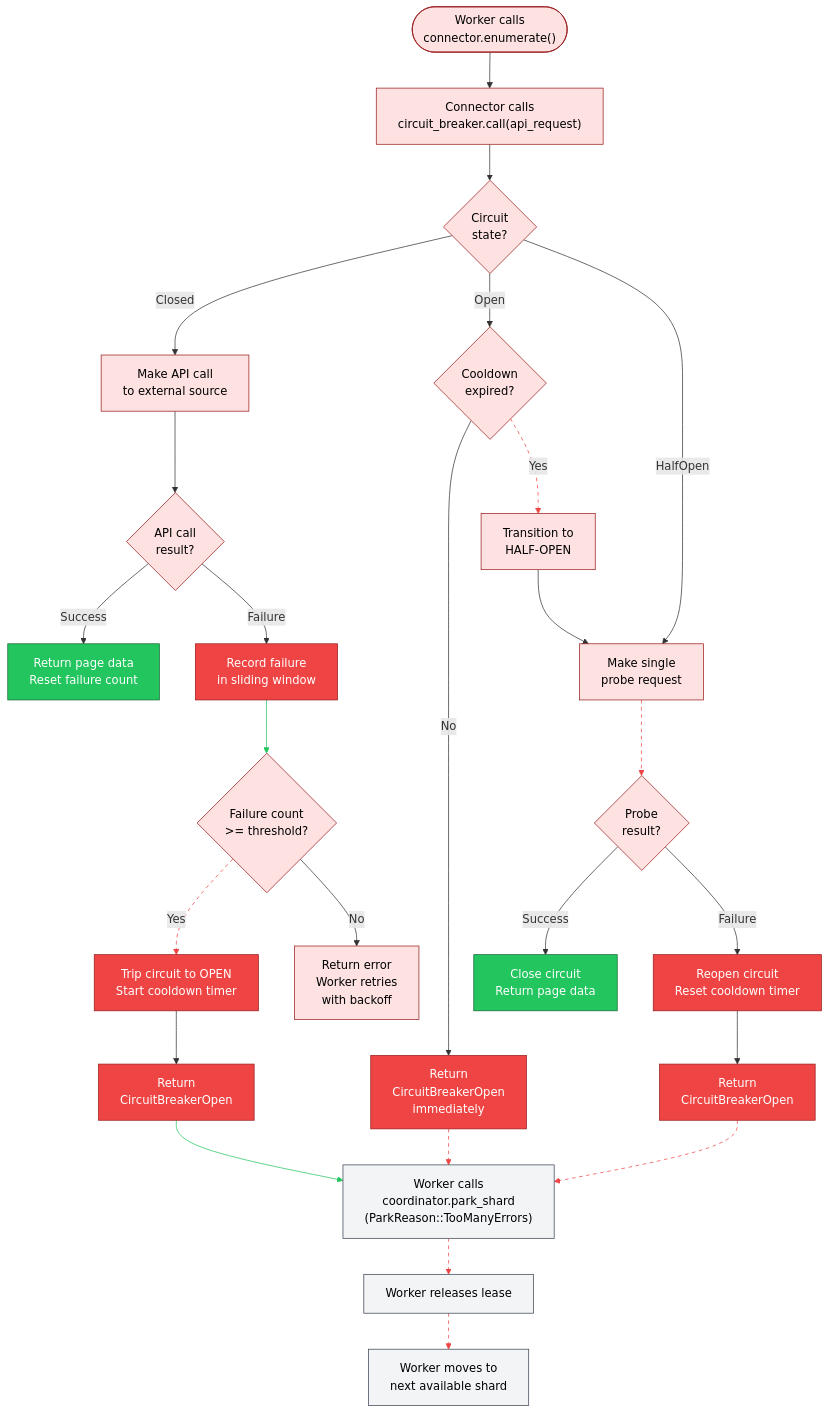
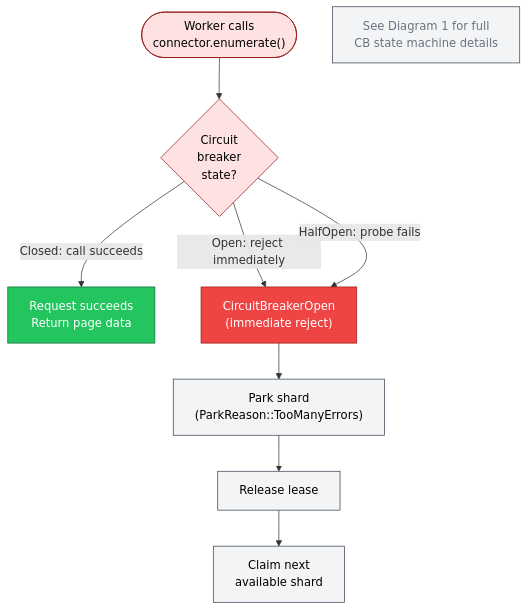
The fourth of 4 diagrams in diagrams/09-circuit-breaker.md (ahrav/Gossip-rs), drawn with Mermaid before and after one commit. The commit also changed other lines of this file and 11 other files, not shown here.

````diff
--- a/diagrams/09-circuit-breaker.md
+++ b/diagrams/09-circuit-breaker.md
@@ -323,101 +315,29 @@
 %% Diagram: shard-parking-flow
 graph TD
     START(["Worker calls<br/>connector.enumerate()"])
-    CB_CALL["Connector calls<br/>circuit_breaker.call(api_request)"]
-    STATE{"Circuit<br/>state?"}
+    CB_CHECK{"Circuit<br/>breaker<br/>state?"}
+    SUCCESS["Request succeeds<br/>Return page data"]
+    CB_OPEN["CircuitBreakerOpen<br/>(immediate reject)"]
+    PARK["Park shard<br/>(ParkReason::TooManyErrors)"]
+    RELEASE["Release lease"]
+    NEXT["Claim next<br/>available shard"]
 
-    %% Closed path
-    CLOSED_CALL["Make API call<br/>to external source"]
-    CLOSED_RESULT{"API call<br/>result?"}
-    CLOSED_OK["Return page data<br/>Reset failure count"]
-    CLOSED_FAIL["Record failure<br/>in sliding window"]
-    THRESHOLD{"Failure count<br/>>= threshold?"}
-    TRIP["Trip circuit to OPEN<br/>Start cooldown timer"]
-    TRIP_ERR["Return<br/>CircuitBreakerOpen"]
-    BELOW["Return error<br/>Worker retries<br/>with backoff"]
-
-    %% Open path
-    OPEN_CHECK{"Cooldown<br/>expired?"}
-    OPEN_REJECT["Return<br/>CircuitBreakerOpen<br/>immediately"]
-    HALF_OPEN["Transition to<br/>HALF-OPEN"]
-
-    %% HalfOpen path
-    PROBE["Make single<br/>probe request"]
-    PROBE_RESULT{"Probe<br/>result?"}
-    PROBE_OK["Close circuit<br/>Return page data"]
-    PROBE_FAIL["Reopen circuit<br/>Reset cooldown timer"]
-    PROBE_ERR["Return<br/>CircuitBreakerOpen"]
-
-    %% Parking path
-    PARK["Worker calls<br/>coordinator.park_shard<br/>(ParkReason::TooManyErrors)"]
-    RELEASE["Worker releases lease"]
-    NEXT["Worker moves to<br/>next available shard"]
-
-    START --> CB_CALL
-    CB_CALL --> STATE
-
-    STATE -->|"Closed"| CLOSED_CALL
-    STATE -->|"Open"| OPEN_CHECK
-    STATE -->|"HalfOpen"| PROBE
-
-    CLOSED_CALL --> CLOSED_RESULT
-    CLOSED_RESULT -->|"Success"| CLOSED_OK
-    CLOSED_RESULT -->|"Failure"| CLOSED_FAIL
-    CLOSED_FAIL --> THRESHOLD
-    THRESHOLD -->|"Yes"| TRIP
-    TRIP --> TRIP_ERR
-    THRESHOLD -->|"No"| BELOW
-
-    OPEN_CHECK -->|"No"| OPEN_REJECT
-    OPEN_CHECK -->|"Yes"| HALF_OPEN
-    HALF_OPEN --> PROBE
-
-    PROBE --> PROBE_RESULT
-    PROBE_RESULT -->|"Success"| PROBE_OK
-    PROBE_RESULT -->|"Failure"| PROBE_FAIL
-    PROBE_FAIL --> PROBE_ERR
-
-    TRIP_ERR --> PARK
-    OPEN_REJECT --> PARK
-    PROBE_ERR --> PARK
-
+    START --> CB_CHECK
+    CB_CHECK -->|"Closed: call succeeds"| SUCCESS
+    CB_CHECK -->|"Open: reject immediately"| CB_OPEN
+    CB_CHECK -->|"HalfOpen: probe fails"| CB_OPEN
+    CB_OPEN --> PARK
     PARK --> RELEASE
     RELEASE --> NEXT
 
+    NOTE["See Diagram 1 for full<br/>CB state machine details"]
+
     style START fill:#FEE2E2,stroke:#991B1B,color:#000
-    style CB_CALL fill:#FEE2E2,stroke:#991B1B,color:#000
-    style STATE fill:#FEE2E2,stroke:#991B1B,color:#000
-
-    style CLOSED_CALL fill:#FEE2E2,stroke:#991B1B,color:#000
-    style CLOSED_RESULT fill:#FEE2E2,stroke:#991B1B,color:#000
-    style CLOSED_OK fill:#22C55E,stroke:#166534,color:#FFF
-    style CLOSED_FAIL fill:#EF4444,stroke:#991B1B,color:#FFF
-    style THRESHOLD fill:#FEE2E2,stroke:#991B1B,color:#000
-    style TRIP fill:#EF4444,stroke:#991B1B,color:#FFF
-    style TRIP_ERR fill:#EF4444,stroke:#991B1B,color:#FFF
-    style BELOW fill:#FEE2E2,stroke:#991B1B,color:#000
-
-    style OPEN_CHECK fill:#FEE2E2,stroke:#991B1B,color:#000
-    style OPEN_REJECT fill:#EF4444,stroke:#991B1B,color:#FFF
-    style HALF_OPEN fill:#FEE2E2,stroke:#991B1B,color:#000
-
-    style PROBE fill:#FEE2E2,stroke:#991B1B,color:#000
-    style PROBE_RESULT fill:#FEE2E2,stroke:#991B1B,color:#000
-    style PROBE_OK fill:#22C55E,stroke:#166534,color:#FFF
-    style PROBE_FAIL fill:#EF4444,stroke:#991B1B,color:#FFF
-    style PROBE_ERR fill:#EF4444,stroke:#991B1B,color:#FFF
-
+    style CB_CHECK fill:#FEE2E2,stroke:#991B1B,color:#000
+    style SUCCESS fill:#22C55E,stroke:#166534,color:#FFF
+    style CB_OPEN fill:#EF4444,stroke:#991B1B,color:#FFF
     style PARK fill:#F3F4F6,stroke:#374151,color:#000
     style RELEASE fill:#F3F4F6,stroke:#374151,color:#000
     style NEXT fill:#F3F4F6,stroke:#374151,color:#000
-
-    linkStyle 8 stroke:#22C55E
-    linkStyle 9 stroke:#EF4444,stroke-dasharray:5
-    linkStyle 13 stroke:#EF4444,stroke-dasharray:5
-    linkStyle 15 stroke:#EF4444,stroke-dasharray:5
-    linkStyle 19 stroke:#22C55E
-    linkStyle 20 stroke:#EF4444,stroke-dasharray:5
-    linkStyle 21 stroke:#EF4444,stroke-dasharray:5
-    linkStyle 22 stroke:#EF4444,stroke-dasharray:5
-    linkStyle 23 stroke:#EF4444,stroke-dasharray:5
+    style NOTE fill:#F3F4F6,stroke:#374151,color:#6B7280
 ```
````
